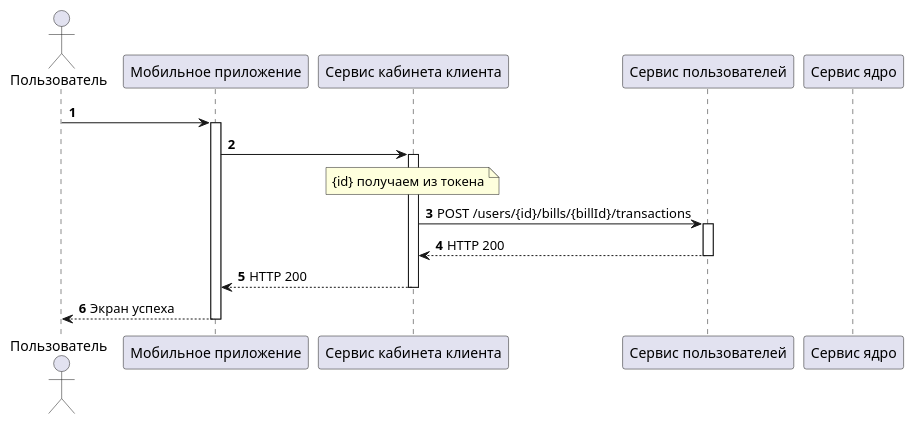
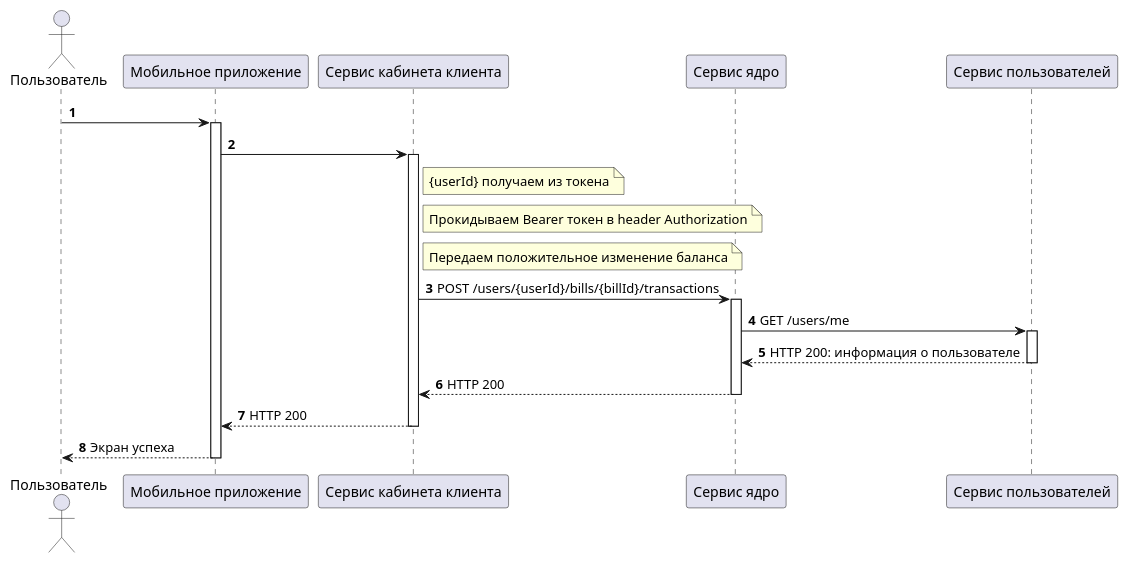
Before and after one commit to AlekseyFeofilov/HubaBank: the diagram in diagrams/client/Внести деньги на счет.puml, drawn with PlantUML. The commit also changed 13 other files, not shown here.

Commit message:
Исправление диаграмм

```diff
--- a/diagrams/client/Внести деньги на счет.puml
+++ b/diagrams/client/Внести деньги на счет.puml
@@ -1,28 +1,40 @@
 @startuml
 'https://plantuml.com/sequence-diagram
 
 autonumber
 
 actor "Пользователь" as User
 participant "Мобильное приложение" as MobileApp
 participant "Сервис кабинета клиента" as ClientService
+participant "Сервис ядро" as CoreService
 participant "Сервис пользователей" as UserService
-participant "Сервис ядро" as CoreService
 
 User -> MobileApp
 activate MobileApp
 
     MobileApp -> ClientService
     activate ClientService
 
-        note over ClientService
-        {id} получаем из токена
+        note right ClientService
+        {userId} получаем из токена
         end note
 
-        ClientService -> UserService: POST /users/{id}/bills/{billId}/transactions
-        activate UserService
+        note right ClientService
+        Прокидываем Bearer токен в header Authorization
+        end note
+
+        note right ClientService
+        Передаем положительное изменение баланса
+        end note
+
+        ClientService -> CoreService: POST /users/{userId}/bills/{billId}/transactions
+        activate CoreService
+
+            CoreService -> UserService: GET /users/me
+            activate UserService
+            return HTTP 200: информация о пользователе
         return HTTP 200
     return HTTP 200
 return Экран успеха
 
 @enduml
```
